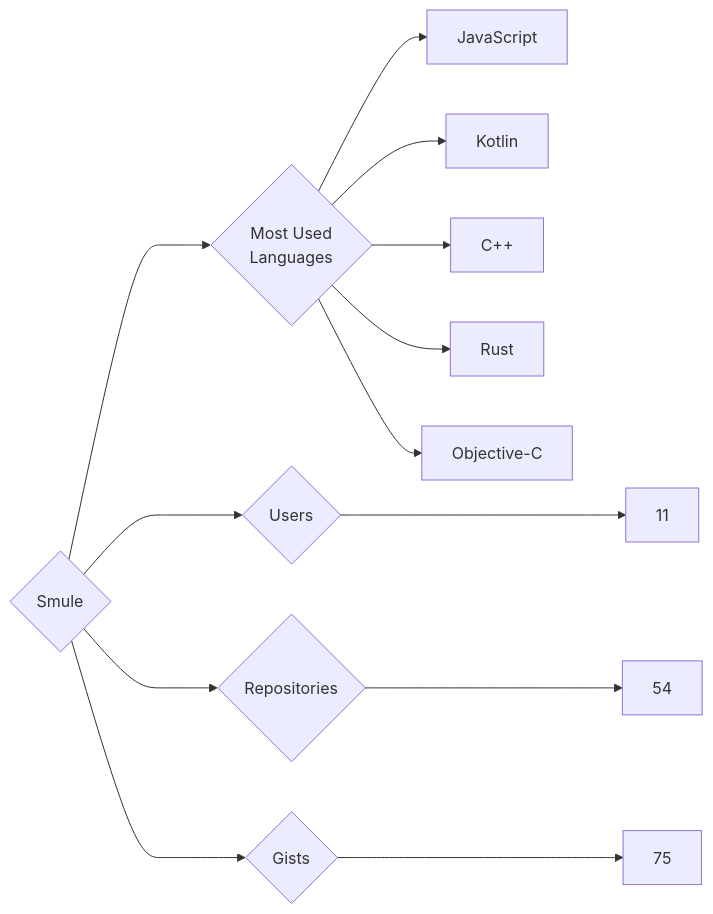
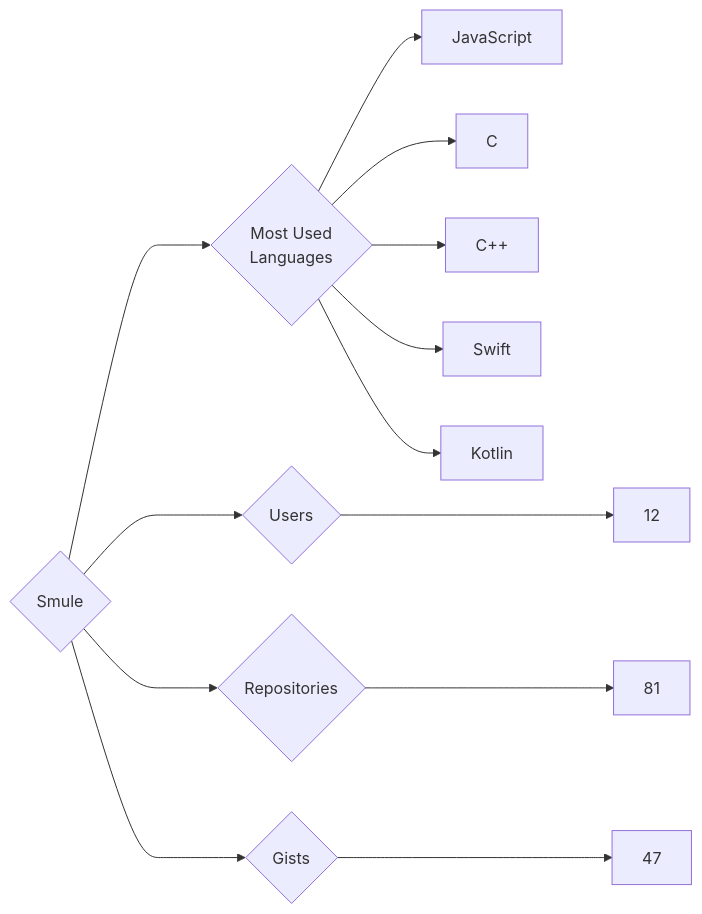
Before and after one commit to trickest/insiders: the diagram in targets/Smule/README.md, drawn with Mermaid. The commit also changed 748 other files, not shown here.

````diff
--- a/targets/Smule/README.md
+++ b/targets/Smule/README.md
@@ -3,13 +3,13 @@
 ```mermaid
 graph LR
 COMPANY_NAME{Smule}
-COMPANY_NAME ---> U{Users} ---> UN[11]
-COMPANY_NAME ---> R{Repositories} ---> RN[54]
-COMPANY_NAME ---> G{Gists} ---> GN[75]
+COMPANY_NAME ---> U{Users} ---> UN[12]
+COMPANY_NAME ---> R{Repositories} ---> RN[81]
+COMPANY_NAME ---> G{Gists} ---> GN[47]
 COMPANY_NAME ---> ML{Most Used<br>Languages}
 ML --> JavaScript[JavaScript]
+ML --> C[C]
+ML --> C++[C++]
+ML --> Swift[Swift]
 ML --> Kotlin[Kotlin]
-ML --> C++[C++]
-ML --> Rust[Rust]
-ML --> Objective-C[Objective-C]
 ```
````
